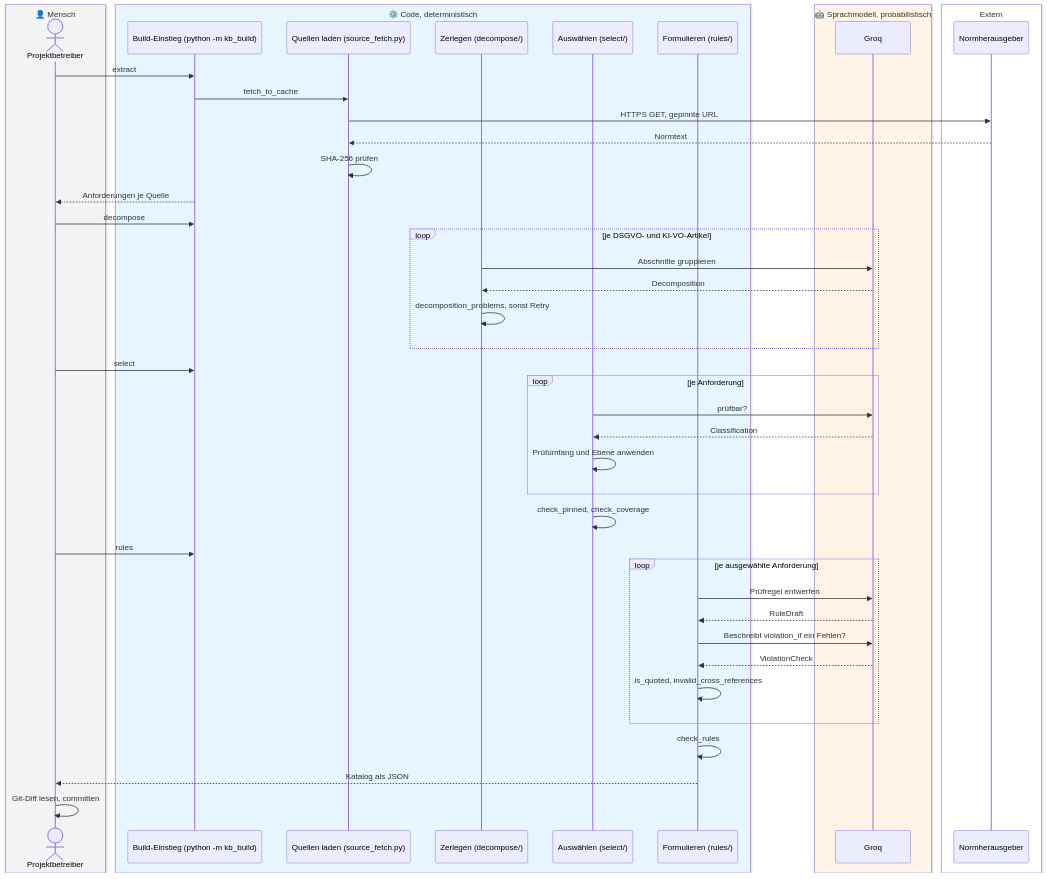
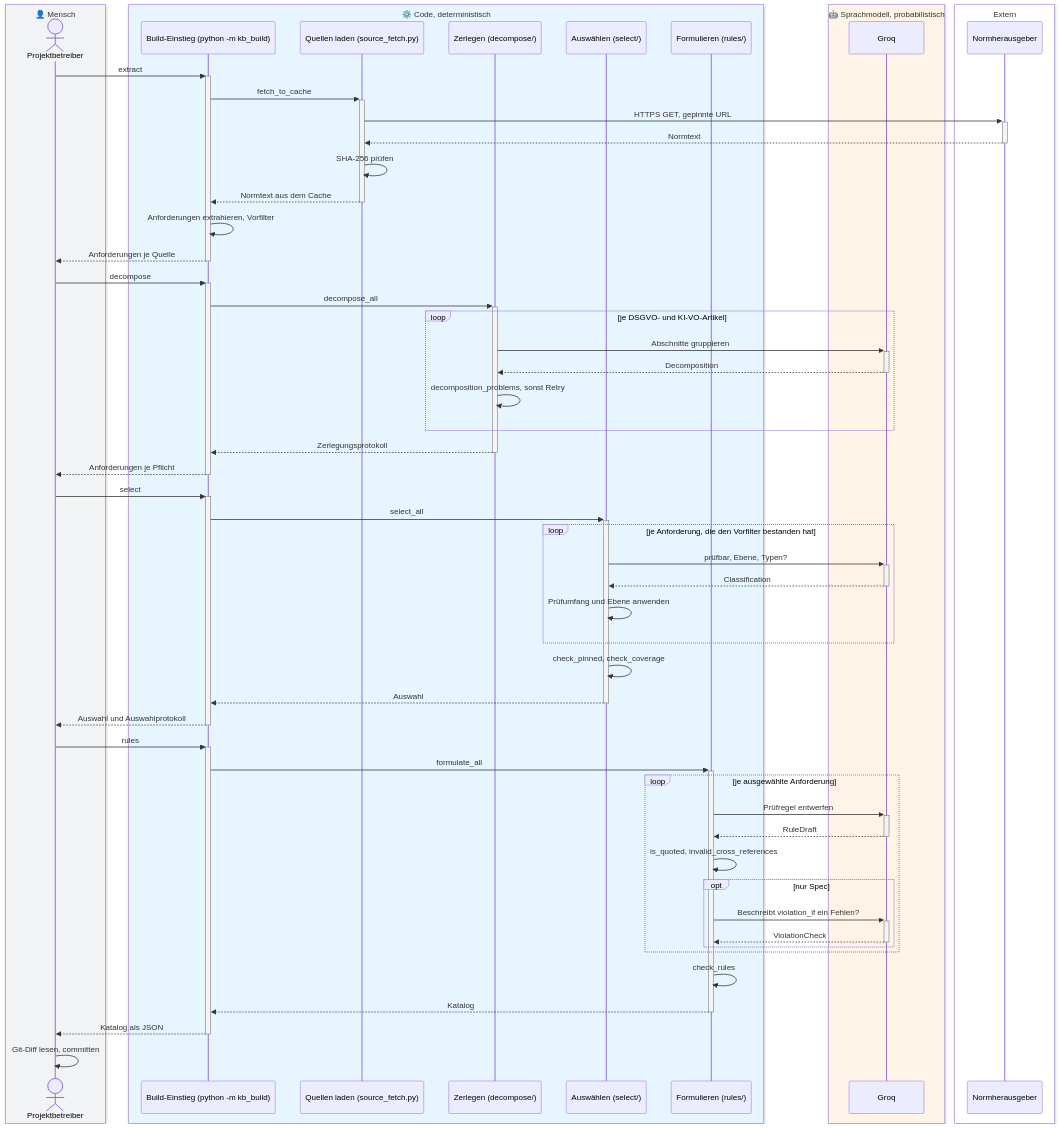
One commit to Daniel74/GovGuard changed diagram 16 of 25 in docs/ARCHITECTURE.md. Above: the diagram before and after it, drawn with Mermaid. The commit also changed other lines of this file and 8 other files, not shown here.

Commit message:
#73 Architecture - second version

````diff
--- a/docs/ARCHITECTURE.md
+++ b/docs/ARCHITECTURE.md
@@ -1281,49 +1750,61 @@
 ```mermaid
 sequenceDiagram
   box rgb(241,243,245) 👤 Mensch
     actor B as Projektbetreiber
   end
   box rgb(231,245,255) ⚙️ Code, deterministisch
     participant K as Build-Einstieg (python -m kb_build)
     participant F as Quellen laden (source_fetch.py)
     participant D as Zerlegen (decompose/)
     participant S as Auswählen (select/)
     participant R as Formulieren (rules/)
   end
   box rgb(255,244,230) 🤖 Sprachmodell, probabilistisch
     participant M as Groq
   end
   box rgb(255,255,255) Extern
     participant N as Normherausgeber
   end
-  B->>K: extract
-  K->>F: fetch_to_cache
-  F->>N: HTTPS GET, gepinnte URL
-  N-->>F: Normtext
+  B->>+K: extract
+  K->>+F: fetch_to_cache
+  F->>+N: HTTPS GET, gepinnte URL
+  N-->>-F: Normtext
   F->>F: SHA-256 prüfen
-  K-->>B: Anforderungen je Quelle
-  B->>K: decompose
+  F-->>-K: Normtext aus dem Cache
+  K->>K: Anforderungen extrahieren, Vorfilter
+  K-->>-B: Anforderungen je Quelle
+  B->>+K: decompose
+  K->>+D: decompose_all
   loop je DSGVO- und KI-VO-Artikel
-    D->>M: Abschnitte gruppieren
-    M-->>D: Decomposition
+    D->>+M: Abschnitte gruppieren
+    M-->>-D: Decomposition
     D->>D: decomposition_problems, sonst Retry
   end
-  B->>K: select
-  loop je Anforderung
-    S->>M: prüfbar?
-    M-->>S: Classification
+  D-->>-K: Zerlegungsprotokoll
+  K-->>-B: Anforderungen je Pflicht
+  B->>+K: select
+  K->>+S: select_all
+  loop je Anforderung, die den Vorfilter bestanden hat
+    S->>+M: prüfbar, Ebene, Typen?
+    M-->>-S: Classification
     S->>S: Prüfumfang und Ebene anwenden
   end
   S->>S: check_pinned, check_coverage
-  B->>K: rules
+  S-->>-K: Auswahl
+  K-->>-B: Auswahl und Auswahlprotokoll
+  B->>+K: rules
+  K->>+R: formulate_all
   loop je ausgewählte Anforderung
-    R->>M: Prüfregel entwerfen
-    M-->>R: RuleDraft
-    R->>M: Beschreibt violation_if ein Fehlen?
-    M-->>R: ViolationCheck
+    R->>+M: Prüfregel entwerfen
+    M-->>-R: RuleDraft
     R->>R: is_quoted, invalid_cross_references
+    opt nur Spec
+      R->>+M: Beschreibt violation_if ein Fehlen?
+      M-->>-R: ViolationCheck
+    end
   end
   R->>R: check_rules
-  R-->>B: Katalog als JSON
+  R-->>-K: Katalog
+  K-->>-B: Katalog als JSON
   B->>B: Git-Diff lesen, committen
 ```
````
